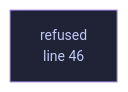
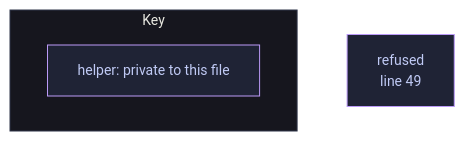
The diagram in docs/files/veilvoice-audio/absent.md (tilas01/veilvoice), drawn with Mermaid before and after one commit. The commit also changed other lines of this file and 1510 other files, not shown here.

First line of the commit message:
Regenerate the documentation, wiki, site, graphs and measured numbers

````diff
--- a/docs/files/veilvoice-audio/absent.md
+++ b/docs/files/veilvoice-audio/absent.md
@@ -78,8 +81,13 @@
 ```mermaid
 %%{init: {"theme":"base","themeVariables":{"background":"#1a1b26","primaryColor":"#1f2335","primaryTextColor":"#c0caf5","primaryBorderColor":"#7aa2f7","secondaryColor":"#16161e","tertiaryColor":"#16161e","lineColor":"#737aa2","textColor":"#c0caf5","mainBkg":"#1f2335","nodeBorder":"#7aa2f7","clusterBkg":"#16161e","clusterBorder":"#2f3549","fontFamily":"ui-monospace, SFMono-Regular, Consolas, monospace","fontSize":"14px"}}}%%
 flowchart TD
-    n_refused["refused<br/>line 46"]
-    click n_refused href "https://github.com/tilas01/veilvoice/blob/main/crates/veilvoice-audio/src/absent.rs#L46" "open the source"
+    n_refused["refused<br/>line 49"]
+    click n_refused href "https://github.com/tilas01/veilvoice/blob/main/crates/veilvoice-audio/src/absent.rs#L49" "open the source"
     classDef helper fill:#1f2335,stroke:#bb9af7,color:#c0caf5
     class n_refused helper
+    subgraph chart_key ["Key"]
+        direction LR
+        key_helper["helper: private to this file"]
+    end
+    class key_helper helper
 ```
````
